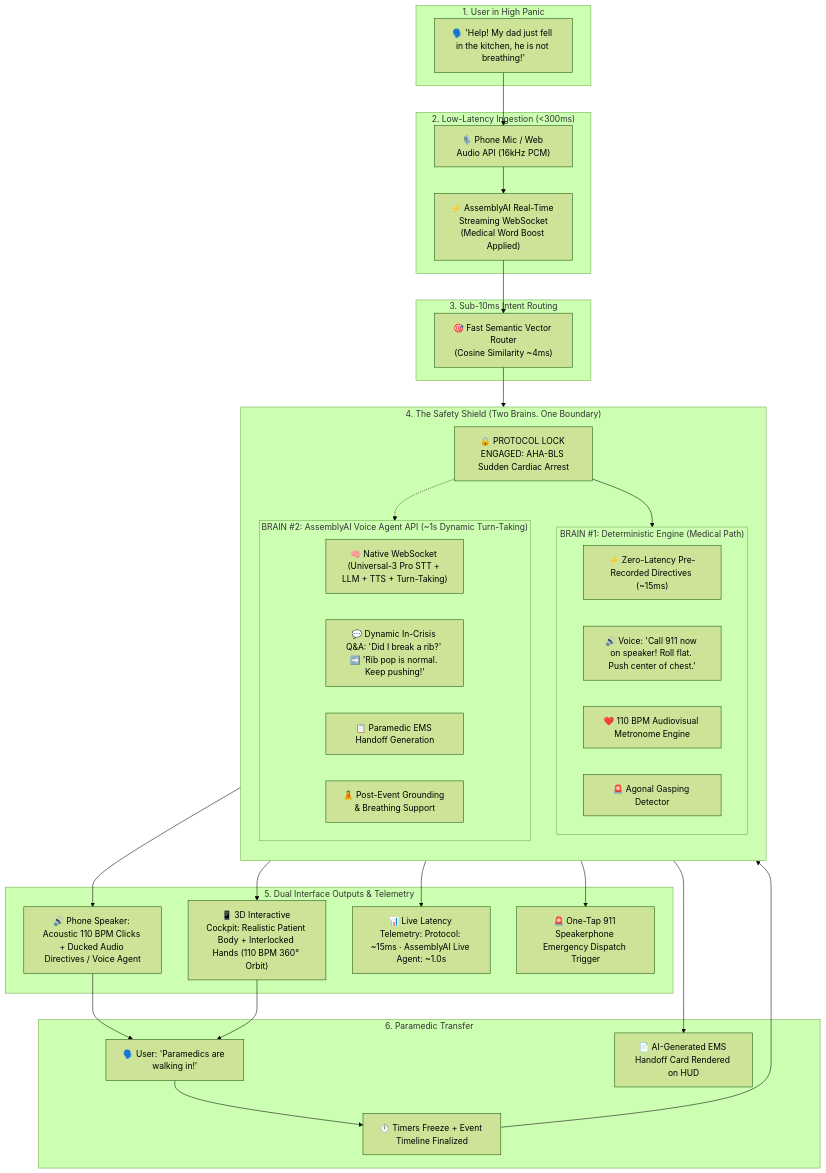
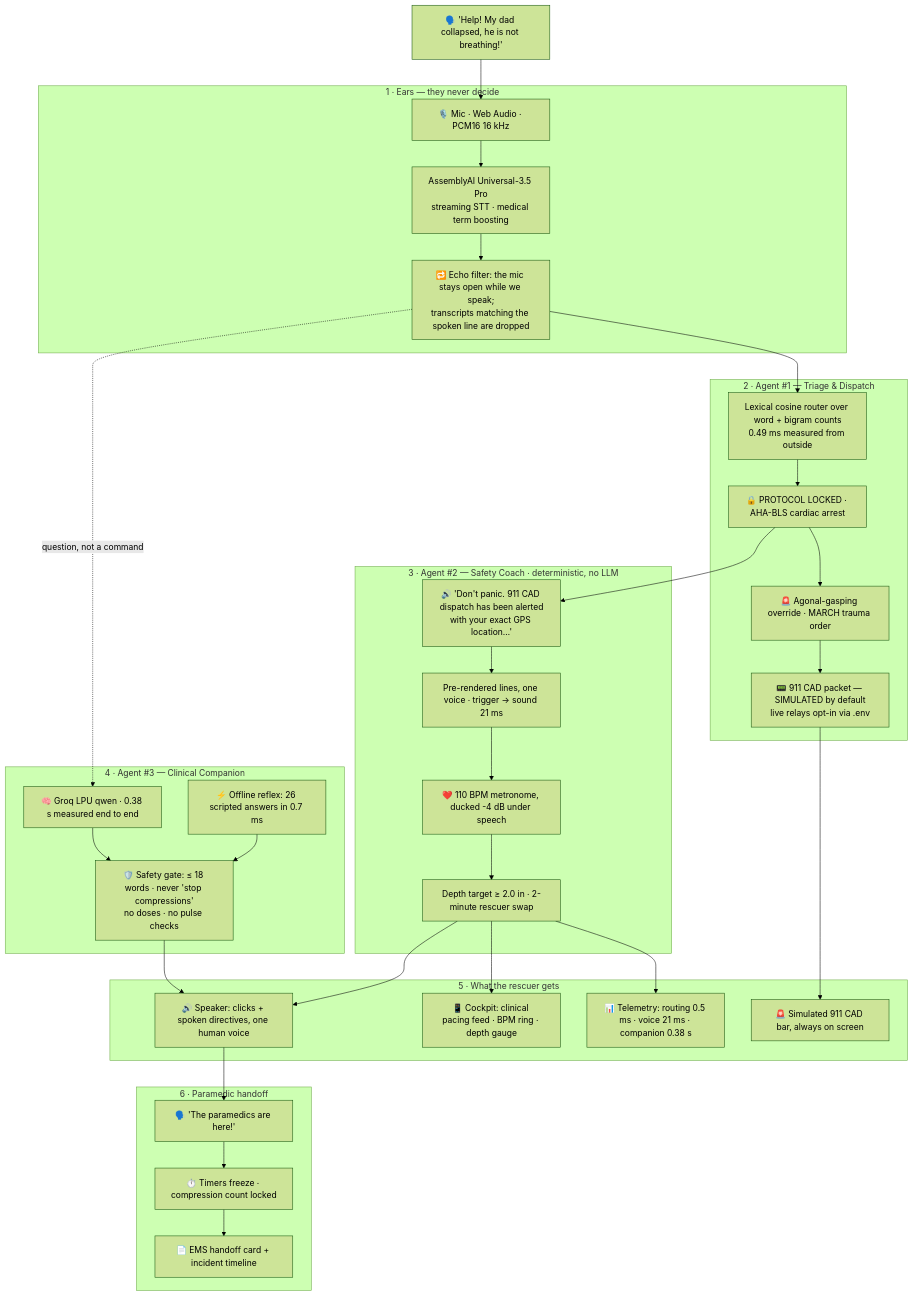
The first of 2 diagrams in SYSTEM_DESIGN_SPECIFICATION.md (ranazain9/keepalive), drawn with Mermaid (forest theme) before and after one commit.

Commit message:
docs: update system design architecture diagram to match real-time multi-agent pipeline

````diff
--- a/SYSTEM_DESIGN_SPECIFICATION.md
+++ b/SYSTEM_DESIGN_SPECIFICATION.md
@@ -42,63 +42,60 @@
 ```mermaid
 flowchart TD
-    subgraph USER_INPUT ["1. User in High Panic"]
-        A["🗣️ 'Help! My dad just fell in the kitchen, he is not breathing!'"]
+    A["🗣️ 'Help! My dad collapsed, he is not breathing!'"]
+
+    subgraph EARS ["1 · Ears — they never decide"]
+        B["🎙️ Mic · Web Audio · PCM16 16 kHz"]
+        C["AssemblyAI Universal-3.5 Pro<br/>streaming STT · medical term boosting"]
+        D["🔁 Echo filter: the mic stays open while we speak;<br/>transcripts matching the spoken line are dropped"]
+        B --> C --> D
     end
 
-    subgraph INGESTION ["2. Low-Latency Ingestion (<300ms)"]
-        B["🎙️ Phone Mic / Web Audio API (16kHz PCM)"]
-        C["⚡ AssemblyAI Real-Time Streaming WebSocket\n(Medical Word Boost Applied)"]
-        B --> C
+    subgraph AG1 ["2 · Agent #1 — Triage & Dispatch"]
+        E["Lexical cosine router over word + bigram counts<br/>0.49 ms measured from outside"]
+        F["🔒 PROTOCOL LOCKED · AHA-BLS cardiac arrest"]
+        G["🚨 Agonal-gasping override · MARCH trauma order"]
+        H["📟 911 CAD packet — SIMULATED by default<br/>live relays opt-in via .env"]
+        E --> F --> G --> H
     end
 
-    subgraph CLASSIFICATION ["3. Sub-10ms Intent Routing"]
-        D["🎯 Fast Semantic Vector Router\n(Cosine Similarity ~4ms)"]
-        C --> D
+    subgraph AG2 ["3 · Agent #2 — Safety Coach · deterministic, no LLM"]
+        I["🔊 'Don't panic. 911 CAD dispatch has been alerted<br/>with your exact GPS location…'"]
+        J["Pre-rendered lines, one voice · trigger → sound 21 ms"]
+        K["❤️ 110 BPM metronome, ducked -4 dB under speech"]
+        L["Depth target ≥ 2.0 in · 2-minute rescuer swap"]
+        I --> J --> K --> L
     end
 
-    subgraph SAFETY_SHIELD ["4. The Safety Shield (Two Brains. One Boundary)"]
-        direction TB
-        LOCK["🔒 PROTOCOL LOCK ENGAGED: AHA-BLS Sudden Cardiac Arrest"]
-        
-        subgraph BRAIN_1 ["BRAIN #1: Deterministic Engine (Medical Path)"]
-            E1["⚡ Zero-Latency Pre-Recorded Directives (~15ms)"]
-            E2["🔊 Voice: 'Call 911 now on speaker! Roll flat. Push center of chest.'"]
-            E3["❤️ 110 BPM Audiovisual Metronome Engine"]
-            E4["🚨 Agonal Gasping Detector"]
-        end
-
-        subgraph BRAIN_2 ["BRAIN #2: AssemblyAI Voice Agent API (~1s Dynamic Turn-Taking)"]
-            F1["🧠 Native WebSocket (Universal-3 Pro STT + LLM + TTS + Turn-Taking)"]
-            F2["💬 Dynamic In-Crisis Q&A: 'Did I break a rib?' ➡️ 'Rib pop is normal. Keep pushing!'"]
-            F3["📋 Paramedic EMS Handoff Generation"]
-            F4["🧘 Post-Event Grounding & Breathing Support"]
-        end
-
-        LOCK --> BRAIN_1
-        LOCK -.-> BRAIN_2
+    subgraph AG3 ["4 · Agent #3 — Clinical Companion"]
+        M["🧠 Groq LPU qwen · 0.38 s measured end to end"]
+        N["🛡️ Safety gate: ≤ 18 words · never 'stop compressions'<br/>no doses · no pulse checks"]
+        O["⚡ Offline reflex: 26 scripted answers in 0.7 ms"]
+        M --> N
+        O --> N
     end
 
-    subgraph OUTPUT_TIER ["5. Dual Interface Outputs & Telemetry"]
-        G1["🔊 Phone Speaker: Acoustic 110 BPM Clicks + Ducked Audio Directives / Voice Agent"]
-        G2["📱 3D Interactive Cockpit: Realistic Patient Body + Interlocked Hands (110 BPM 360° Orbit)"]
-        G3["📊 Live Latency Telemetry: Protocol: ~15ms · AssemblyAI Live Agent: ~1.0s"]
-        G4["🚨 One-Tap 911 Speakerphone Emergency Dispatch Trigger"]
+    subgraph OUT ["5 · What the rescuer gets"]
+        P["🔊 Speaker: clicks + spoken directives, one human voice"]
+        Q["📱 Cockpit: clinical pacing feed · BPM ring · depth gauge"]
+        R["📊 Telemetry: routing 0.5 ms · voice 21 ms · companion 0.38 s"]
+        S["🚨 Simulated 911 CAD bar, always on screen"]
     end
 
-    subgraph EMS_HANDOFF ["6. Paramedic Transfer"]
-        H["🗣️ User: 'Paramedics are walking in!'"]
-        I["⏱️ Timers Freeze + Event Timeline Finalized"]
-        J["📄 AI-Generated EMS Handoff Card Rendered on HUD"]
+    subgraph EMS ["6 · Paramedic handoff"]
+        T["🗣️ 'The paramedics are here!'"]
+        U["⏱️ Timers freeze · compression count locked"]
+        V["📄 EMS handoff card + incident timeline"]
     end
 
     A --> B
-    D --> LOCK
-    BRAIN_1 --> G1
-    BRAIN_1 --> G2
-    BRAIN_1 --> G3
-    BRAIN_1 --> G4
-    G1 & G2 --> H
-    H --> I
-    I --> BRAIN_2
-    BRAIN_2 --> J
+    D --> E
+    F --> I
+    D -.->|"question, not a command"| M
+    N --> P
+    L --> P
+    L --> Q
+    L --> R
+    H --> S
+    P --> T
+    T --> U --> V
 ```
````
